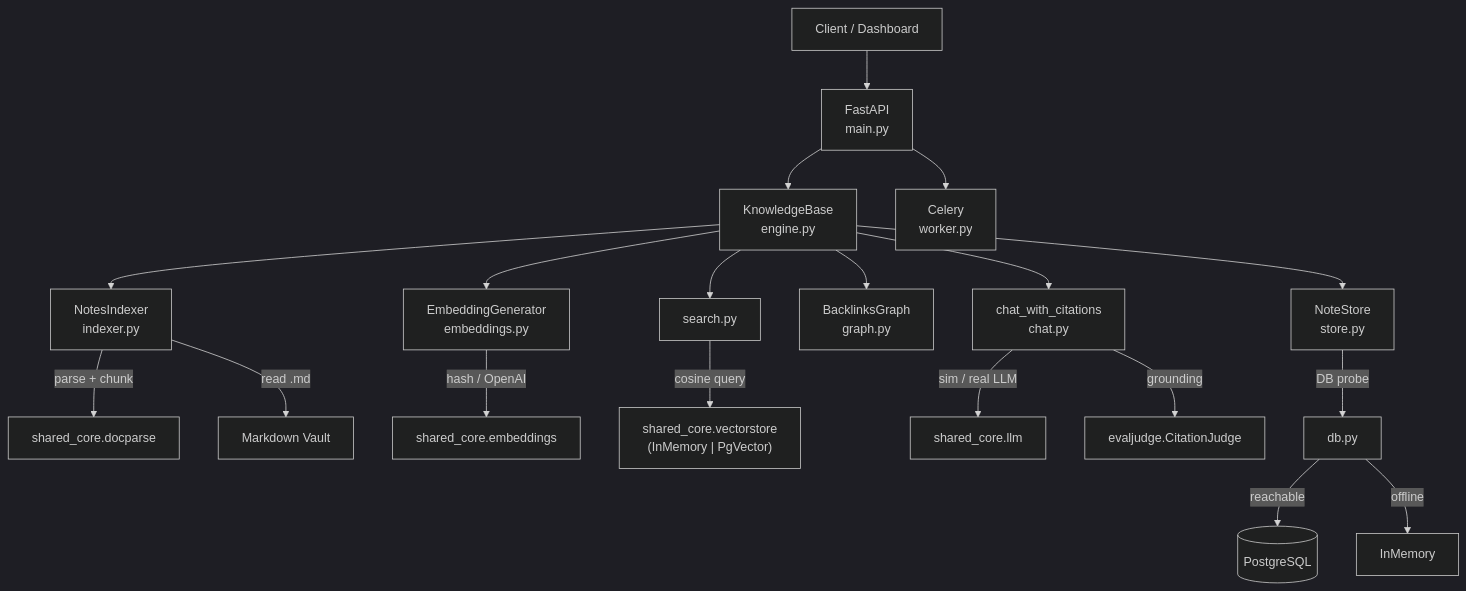
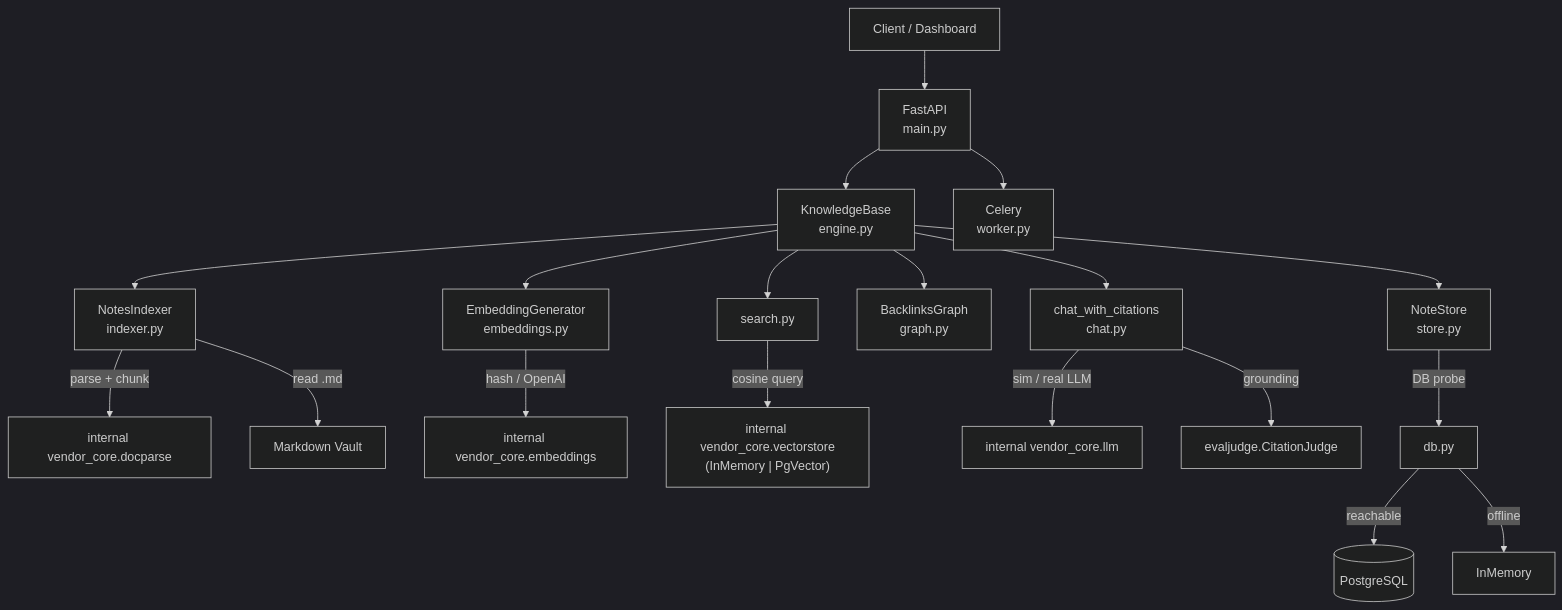
The diagram in README.md (FishRaposo/personal-knowledge-base-os), drawn with Mermaid (dark theme) before and after one commit. The commit also changed other lines of this file and 48 other files, not shown here.

Commit message:
feat: vendor self-contained API compatibility core

````diff
--- a/README.md
+++ b/README.md
@@ -50,25 +48,25 @@
 ```mermaid
 graph TD
     Client["Client / Dashboard"] --> API["FastAPI<br/>main.py"]
     API --> Engine["KnowledgeBase<br/>engine.py"]
 
     Engine --> Indexer["NotesIndexer<br/>indexer.py"]
     Engine --> Embedder["EmbeddingGenerator<br/>embeddings.py"]
     Engine --> Search["search.py"]
     Engine --> Graph["BacklinksGraph<br/>graph.py"]
     Engine --> Chat["chat_with_citations<br/>chat.py"]
 
-    Indexer -->|parse + chunk| SC1["shared_core.docparse"]
-    Embedder -->|hash / OpenAI| SC2["shared_core.embeddings"]
-    Search -->|cosine query| VS["shared_core.vectorstore<br/>(InMemory | PgVector)"]
-    Chat -->|sim / real LLM| SC3["shared_core.llm"]
+    Indexer -->|parse + chunk| SC1["internal vendor_core.docparse"]
+    Embedder -->|hash / OpenAI| SC2["internal vendor_core.embeddings"]
+    Search -->|cosine query| VS["internal vendor_core.vectorstore<br/>(InMemory | PgVector)"]
+    Chat -->|sim / real LLM| SC3["internal vendor_core.llm"]
     Chat -->|grounding| SC4["evaljudge.CitationJudge"]
 
     Engine --> Store["NoteStore<br/>store.py"]
     Store -->|DB probe| DB["db.py"]
     DB -->|reachable| PG[("PostgreSQL")]
     DB -->|offline| MEM["InMemory"]
 
     Indexer -->|read .md| FS["Markdown Vault"]
     API --> Worker["Celery<br/>worker.py"]
 ```
````
